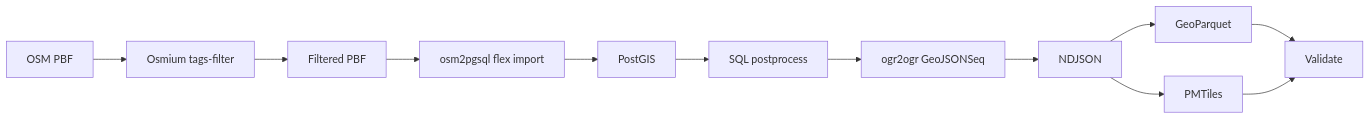
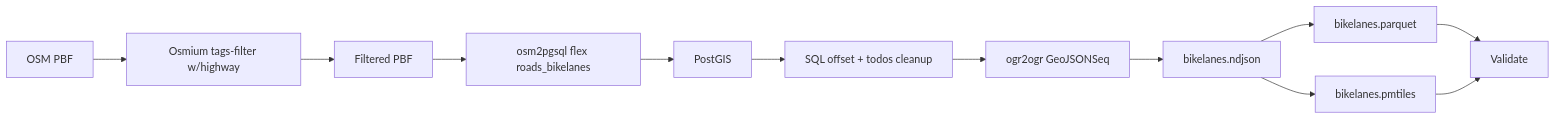
The second of 4 diagrams in results/summary.md (tordans/osm-processing-pipeline-comparison), drawn with Mermaid before and after one commit. The commit also changed other lines of this file, not shown here.

First line of the commit message:
results: first Berlin run of the roads-bikelanes benchmark

````diff
--- a/results/summary.md
+++ b/results/summary.md
@@ -150,21 +82,21 @@
 ```mermaid
 flowchart LR
   inputPbf["OSM PBF"]
-  osmiumFilter["Osmium tags-filter"]
+  osmiumFilter["Osmium tags-filter w/highway"]
   filteredPbf["Filtered PBF"]
-  osm2pgsql["osm2pgsql flex import"]
+  osm2pgsql["osm2pgsql flex roads_bikelanes"]
   postgis["PostGIS"]
-  sqlPost["SQL postprocess"]
+  sqlPost["SQL offset + todos cleanup"]
   ogrNdjson["ogr2ogr GeoJSONSeq"]
-  ndjson["NDJSON"]
-  geoParquet["GeoParquet"]
-  pmtiles["PMTiles"]
+  ndjson["bikelanes.ndjson"]
+  geoParquet["bikelanes.parquet"]
+  pmtiles["bikelanes.pmtiles"]
   validate["Validate"]
 
   inputPbf --> osmiumFilter --> filteredPbf --> osm2pgsql --> postgis
   postgis --> sqlPost --> ogrNdjson --> ndjson
   ndjson --> geoParquet
   ndjson --> pmtiles
   geoParquet --> validate
   pmtiles --> validate
 ```
````
